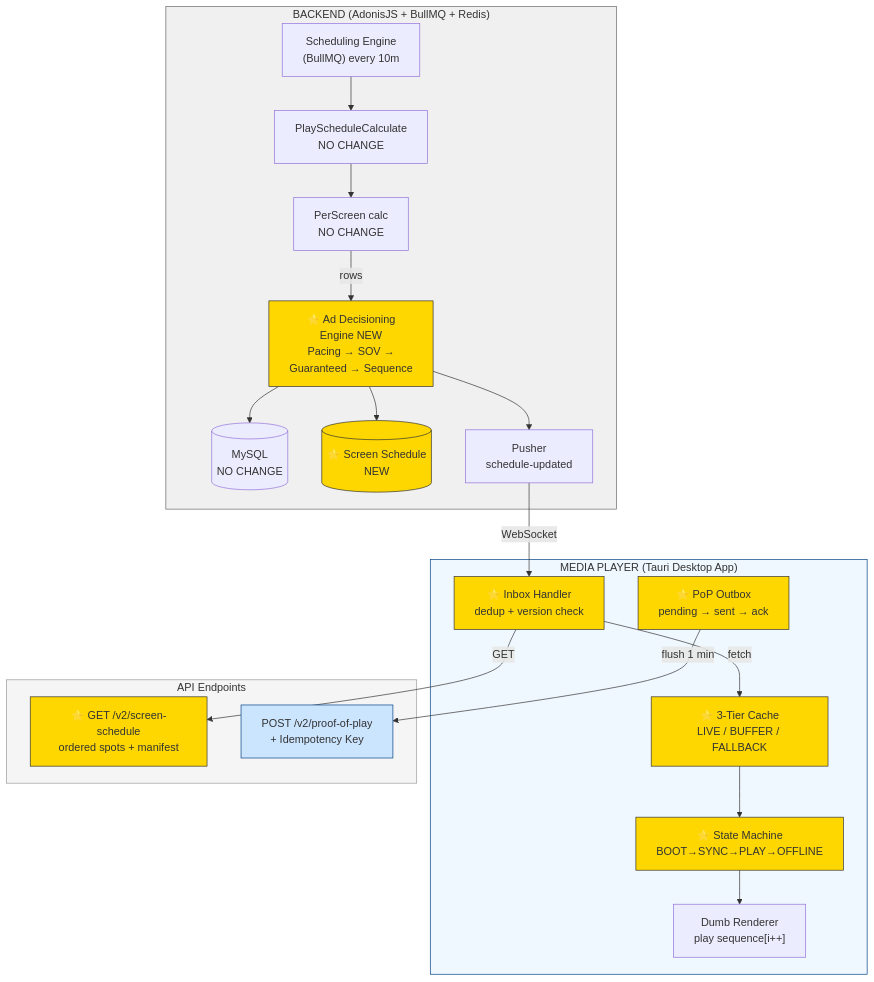
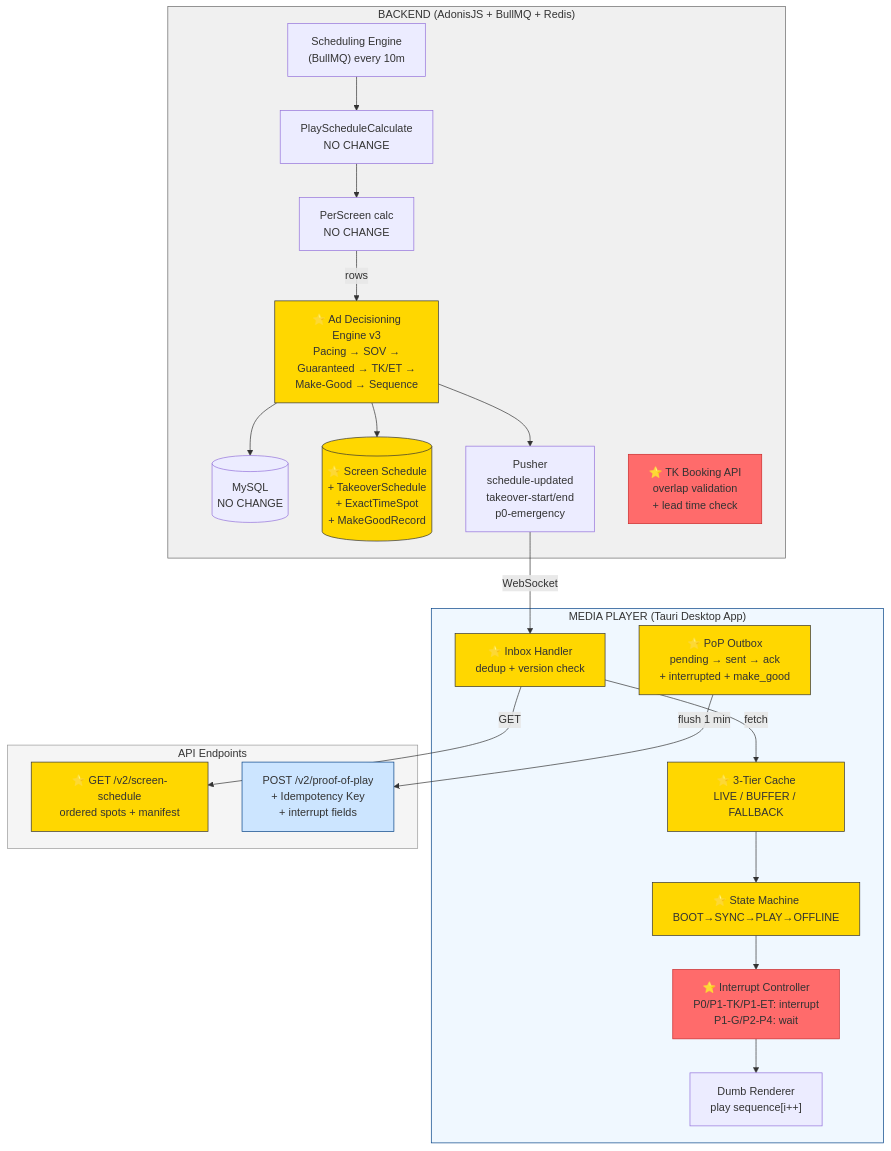
Before and after one commit to wasikarn/jira-generator: the diagram in scripts/diagrams/01-proposed-architecture.mmd, drawn with Mermaid. The commit also changed 8 other files, not shown here.

First line of the commit message:
feat: add Daypart Takeover, Exact-Time Spot, Interrupt Controller, and Make-Good to architecture page (v24)

```diff
--- a/scripts/diagrams/01-proposed-architecture.mmd
+++ b/scripts/diagrams/01-proposed-architecture.mmd
@@ -1,34 +1,38 @@
 flowchart TD
     subgraph BE["BACKEND (AdonisJS + BullMQ + Redis)"]
         Cron["Scheduling Engine<br/>(BullMQ) every 10m"] --> Calc["PlayScheduleCalculate<br/>NO CHANGE"]
         Calc --> Per["PerScreen calc<br/>NO CHANGE"]
-        Per -->|"rows"| PB["⭐ Ad Decisioning<br/>Engine NEW<br/>Pacing → SOV →<br/>Guaranteed → Sequence"]
+        Per -->|"rows"| PB["⭐ Ad Decisioning<br/>Engine v3<br/>Pacing → SOV →<br/>Guaranteed → TK/ET →<br/>Make-Good → Sequence"]
         PB --> DB[("MySQL<br/>NO CHANGE")]
-        PB --> DPL[("⭐ Screen Schedule<br/>NEW")]
-        PB --> Push["Pusher<br/>schedule-updated"]
+        PB --> DPL[("⭐ Screen Schedule<br/>+ TakeoverSchedule<br/>+ ExactTimeSpot<br/>+ MakeGoodRecord")]
+        PB --> Push["Pusher<br/>schedule-updated<br/>takeover-start/end<br/>p0-emergency"]
+        TKB["⭐ TK Booking API<br/>overlap validation<br/>+ lead time check"]
     end
     Push -->|"WebSocket"| INB
     subgraph PL["MEDIA PLAYER (Tauri Desktop App)"]
         INB["⭐ Inbox Handler<br/>dedup + version check"]
         INB -->|"fetch"| CACHE["⭐ 3-Tier Cache<br/>LIVE / BUFFER / FALLBACK"]
         CACHE --> SM["⭐ State Machine<br/>BOOT→SYNC→PLAY→OFFLINE"]
-        SM --> REN["Dumb Renderer<br/>play sequence[i++]"]
-        OUT["⭐ PoP Outbox<br/>pending → sent → ack"]
+        SM --> IC["⭐ Interrupt Controller<br/>P0/P1-TK/P1-ET: interrupt<br/>P1-G/P2-P4: wait"]
+        IC --> REN["Dumb Renderer<br/>play sequence[i++]"]
+        OUT["⭐ PoP Outbox<br/>pending → sent → ack<br/>+ interrupted + make_good"]
     end
     subgraph APILAYER["API Endpoints"]
         API1["⭐ GET /v2/screen-schedule<br/>ordered spots + manifest"]
-        API2["POST /v2/proof-of-play<br/>+ Idempotency Key"]
+        API2["POST /v2/proof-of-play<br/>+ Idempotency Key<br/>+ interrupt fields"]
     end
     INB -->|"GET"| API1
     OUT -->|"flush 1 min"| API2
     style BE fill:#f0f0f0,stroke:#666
     style PL fill:#f0f8ff,stroke:#004085
     style APILAYER fill:#f5f5f5,stroke:#999
     style PB fill:#ffd700,stroke:#333
     style DPL fill:#ffd700,stroke:#333
     style INB fill:#ffd700,stroke:#333
     style CACHE fill:#ffd700,stroke:#333
     style SM fill:#ffd700,stroke:#333
+    style IC fill:#ff6b6b,stroke:#c92a2a
     style OUT fill:#ffd700,stroke:#333
     style API1 fill:#ffd700,stroke:#333
     style API2 fill:#cce5ff,stroke:#004085
+    style TKB fill:#ff6b6b,stroke:#c92a2a
```
